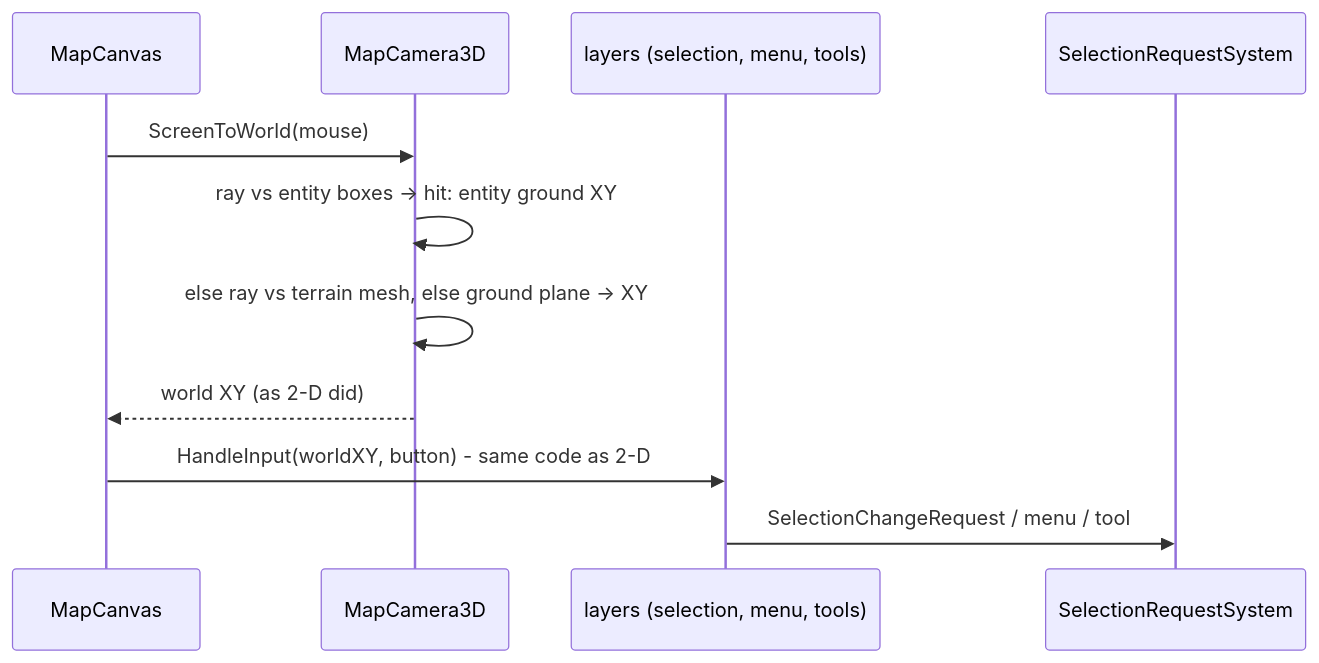
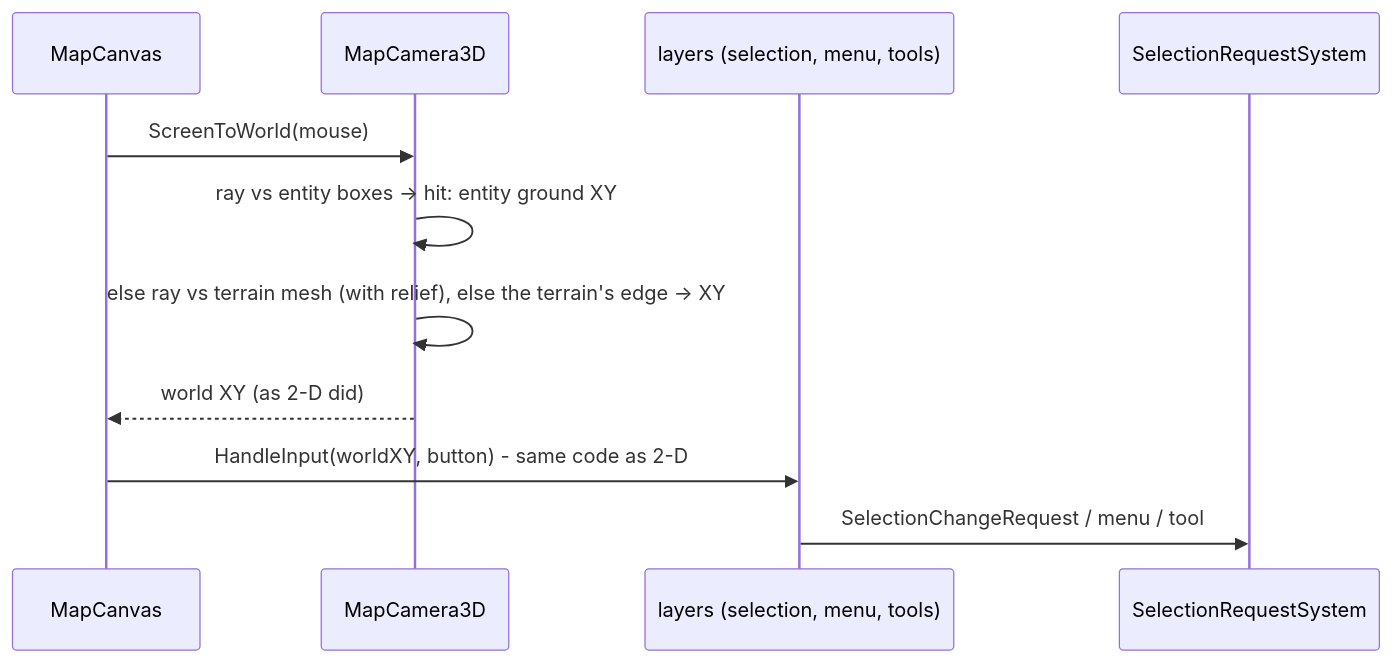
One commit to pjanec/HROT changed the fourth of 10 diagrams in docs/DESIGN_Map_3D_Mode.md. Above: the diagram before and after it, drawn with Mermaid. The commit also changed other lines of this file and 2 other files, not shown here.

First line of the commit message:
design(CE-1033): 3-D map — all leans approved (U23); never assume flat terrain (R-248, §3.10)

````diff
--- a/docs/DESIGN_Map_3D_Mode.md
+++ b/docs/DESIGN_Map_3D_Mode.md
@@ -237,13 +238,13 @@
 ```mermaid
 sequenceDiagram
   participant C as MapCanvas
   participant K as MapCamera3D
   participant L as layers (selection, menu, tools)
   participant SEL as SelectionRequestSystem
   C->>K: ScreenToWorld(mouse)
   K->>K: ray vs entity boxes -> hit: entity ground XY
-  K->>K: else ray vs terrain mesh, else ground plane -> XY
+  K->>K: else ray vs terrain mesh (with relief), else the terrain's edge -> XY
   K-->>C: world XY (as 2-D did)
   C->>L: HandleInput(worldXY, button) - same code as 2-D
   L->>SEL: SelectionChangeRequest / menu / tool
 ```
````
